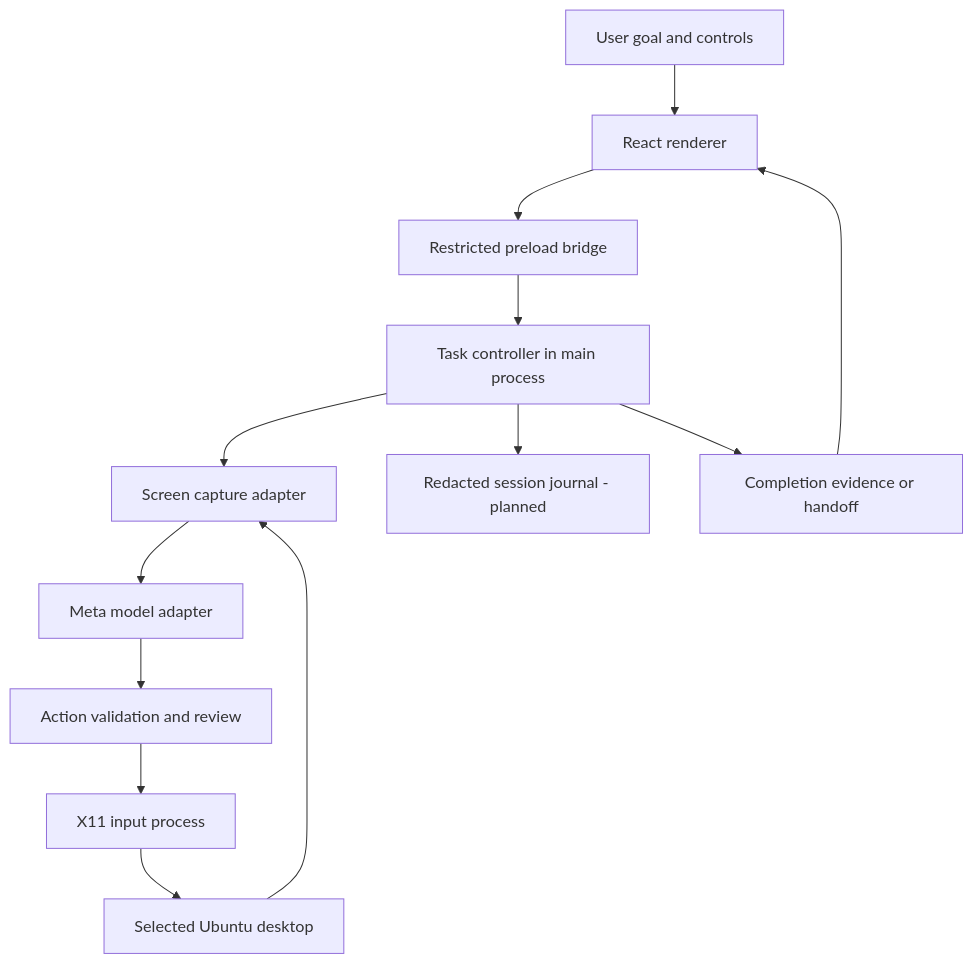
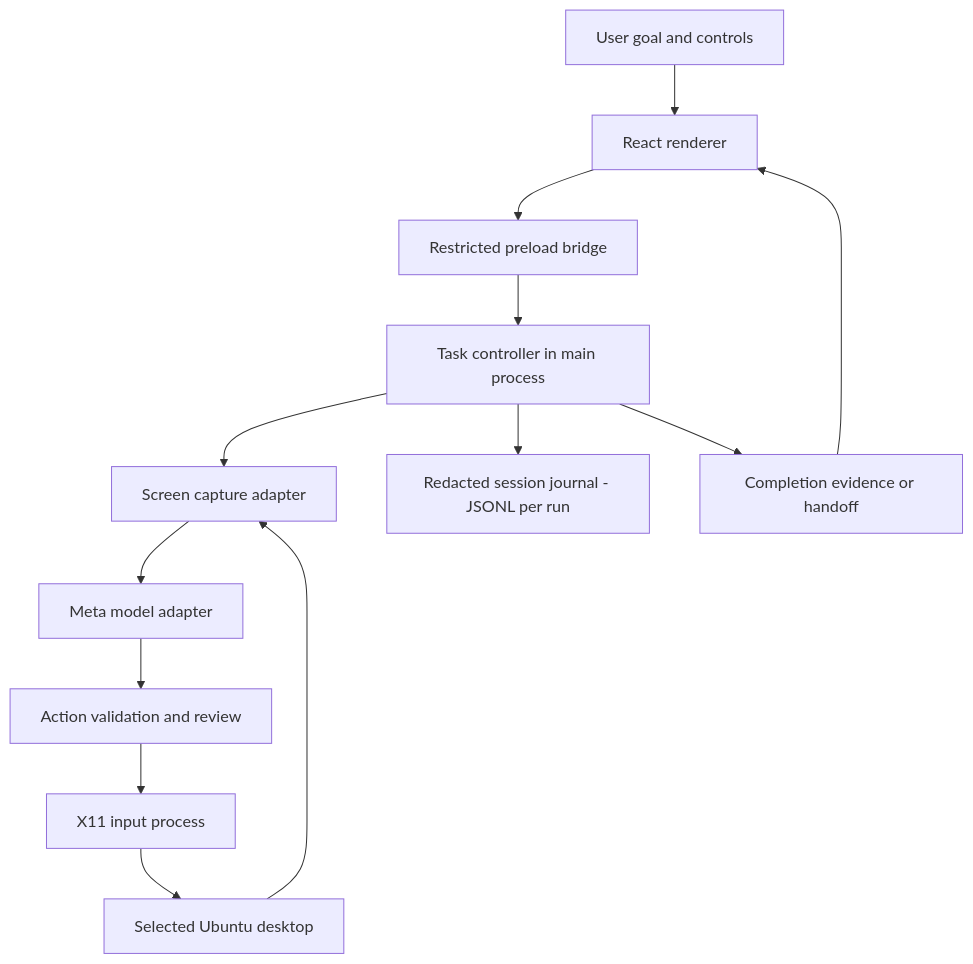
One commit to DevendraDilliwar/ghost-agent-hackathon changed the diagram in docs/ARCHITECTURE.md. Above: the diagram before and after it, drawn with Mermaid. The commit also changed other lines of this file and 67 other files, not shown here.

````diff
--- a/docs/ARCHITECTURE.md
+++ b/docs/ARCHITECTURE.md
@@ -11,15 +11,15 @@
 ```mermaid
 flowchart TD
     User[User goal and controls] --> UI[React renderer]
     UI --> Bridge[Restricted preload bridge]
     Bridge --> Controller[Task controller in main process]
     Controller --> Capture[Screen capture adapter]
     Capture --> Provider[Meta model adapter]
     Provider --> Gate[Action validation and review]
     Gate --> Driver[X11 input process]
     Driver --> Desktop[Selected Ubuntu desktop]
     Desktop --> Capture
-    Controller --> Journal[Redacted session journal - planned]
+    Controller --> Journal[Redacted session journal - JSONL per run]
     Controller --> Result[Completion evidence or handoff]
     Result --> UI
 ```
````
